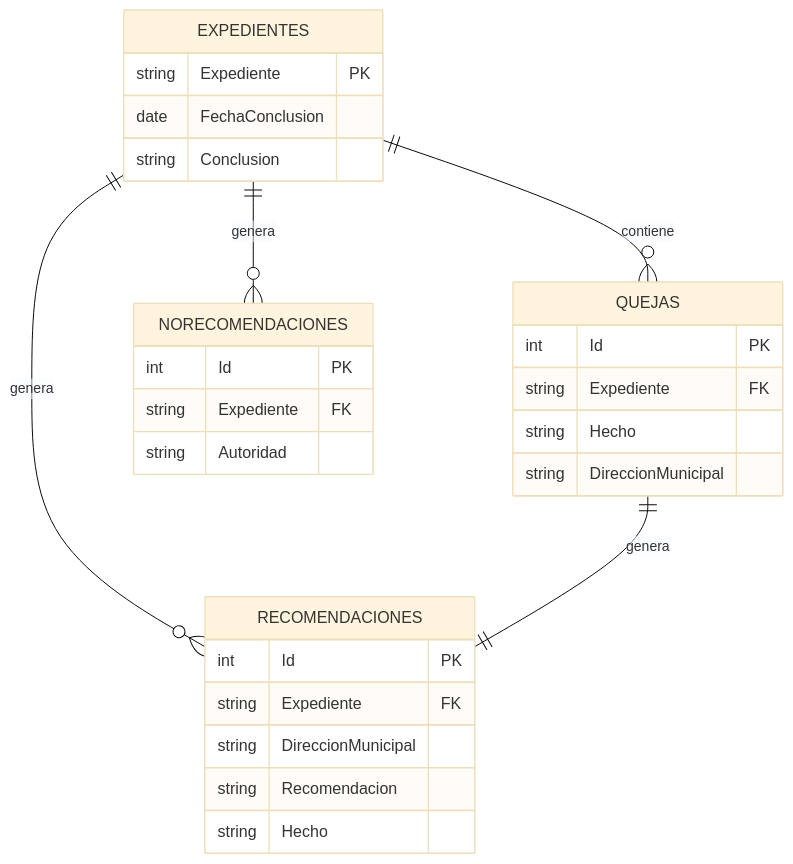
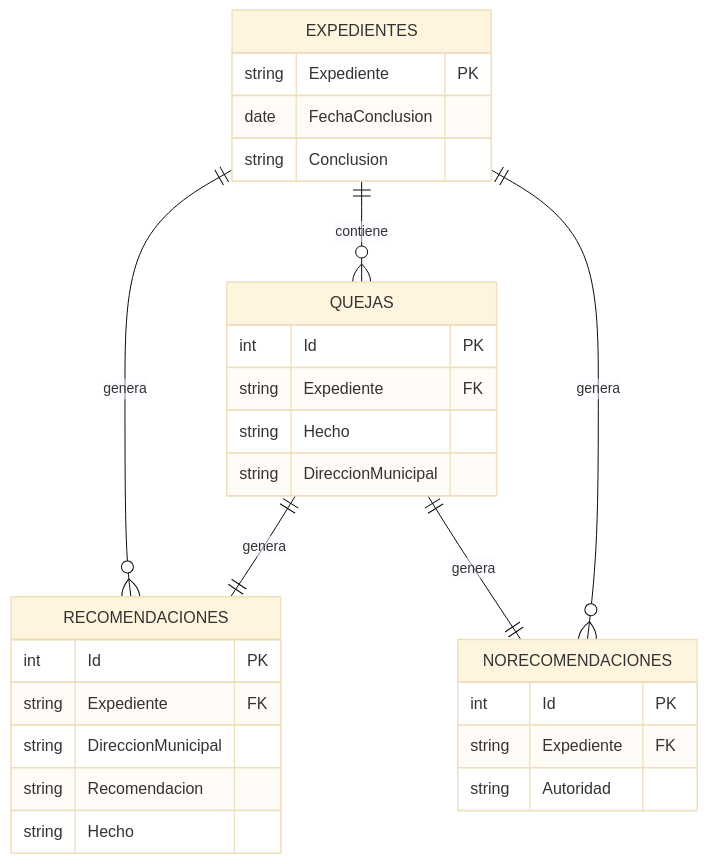
One commit to Taquitoo3000/Reporte_EDA changed the diagram in README.md. Above: the diagram before and after it, drawn with Mermaid (base theme).

````diff
--- a/README.md
+++ b/README.md
@@ -34,31 +34,32 @@
 ```mermaid
 erDiagram
     EXPEDIENTES ||--o{ QUEJAS : contiene
     EXPEDIENTES ||--o{ RECOMENDACIONES : genera
     QUEJAS ||--|| RECOMENDACIONES : genera
+    QUEJAS ||--|| NORECOMENDACIONES : genera
     EXPEDIENTES ||--o{ NORECOMENDACIONES : genera
     
     EXPEDIENTES {
         string Expediente PK
         date FechaConclusion
         string Conclusion
     }
     QUEJAS {
         int Id PK
         string Expediente FK
         string Hecho
         string DireccionMunicipal
     }
     RECOMENDACIONES {
         int Id PK
         string Expediente FK
         string DireccionMunicipal
         string Recomendacion
         string Hecho
     }
     NORECOMENDACIONES {
         int Id PK
         string Expediente FK
         string Autoridad
     }
 ```
````
